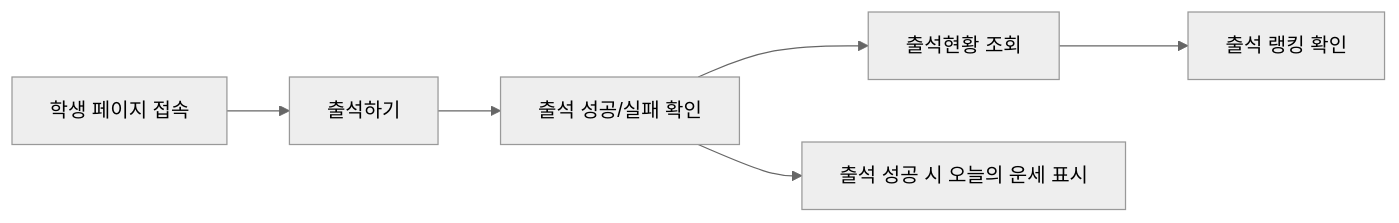
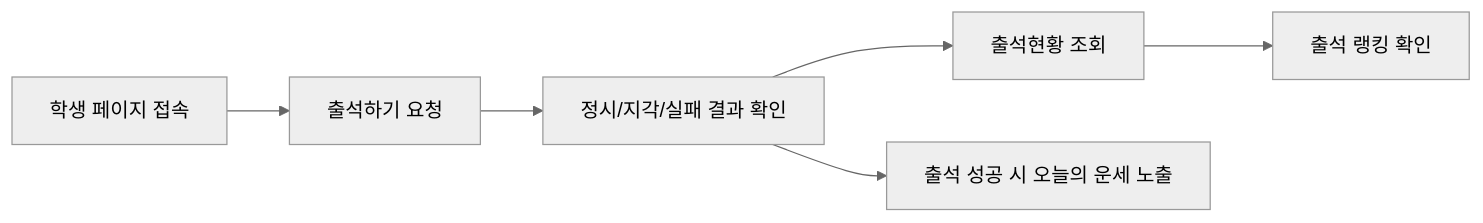
Before and after one commit to cloud-club/CloudClubAttendanceSystem: the diagram in docs/Wiki/01_User_Side_Guide.md, drawn with Mermaid (neutral theme). The commit also changed other lines of this file and 7 other files, not shown here.

````diff
--- a/docs/Wiki/01_User_Side_Guide.md
+++ b/docs/Wiki/01_User_Side_Guide.md
@@ -6,8 +6,8 @@
 ```mermaid
 flowchart LR
-  A["학생 페이지 접속"] --> B["출석하기"]
-  B --> C["출석 성공/실패 확인"]
+  A["학생 페이지 접속"] --> B["출석하기 요청"]
+  B --> C["정시/지각/실패 결과 확인"]
   C --> D["출석현황 조회"]
   D --> E["출석 랭킹 확인"]
-  C --> F["출석 성공 시 오늘의 운세 표시"]
+  C --> F["출석 성공 시 오늘의 운세 노출"]
 ```
````
